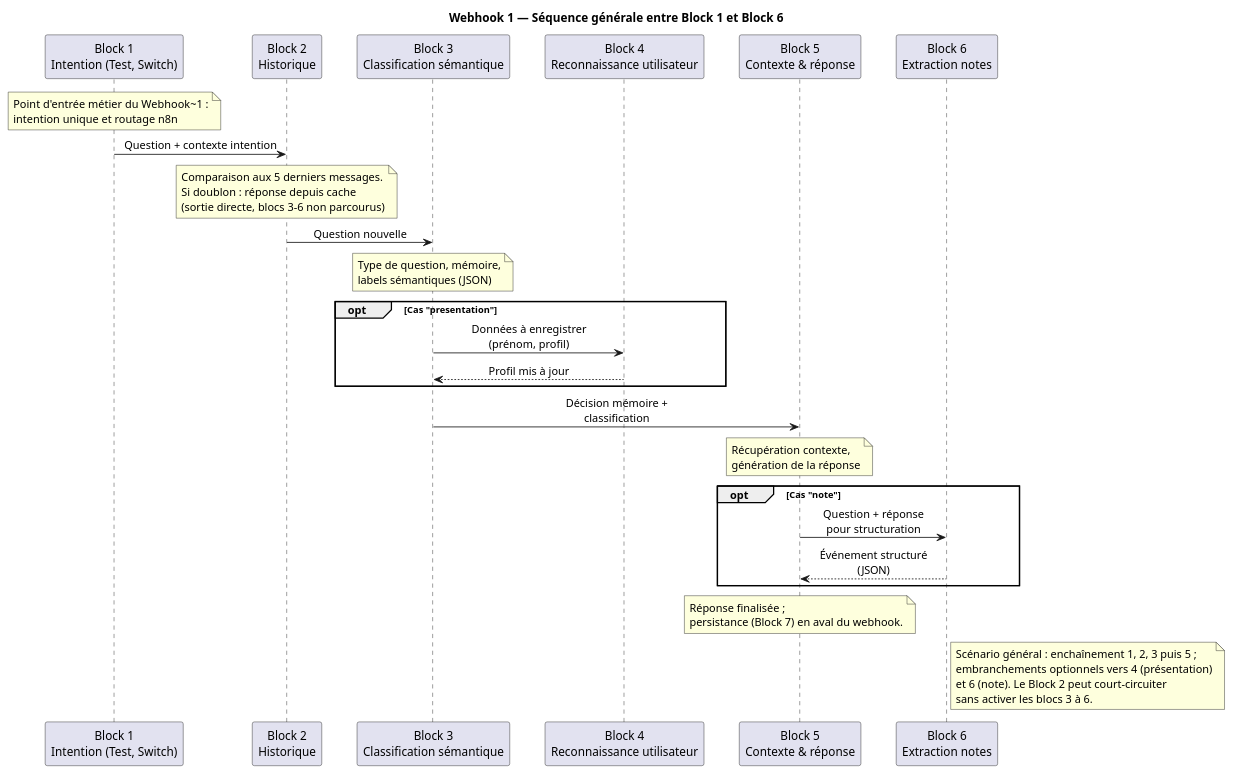
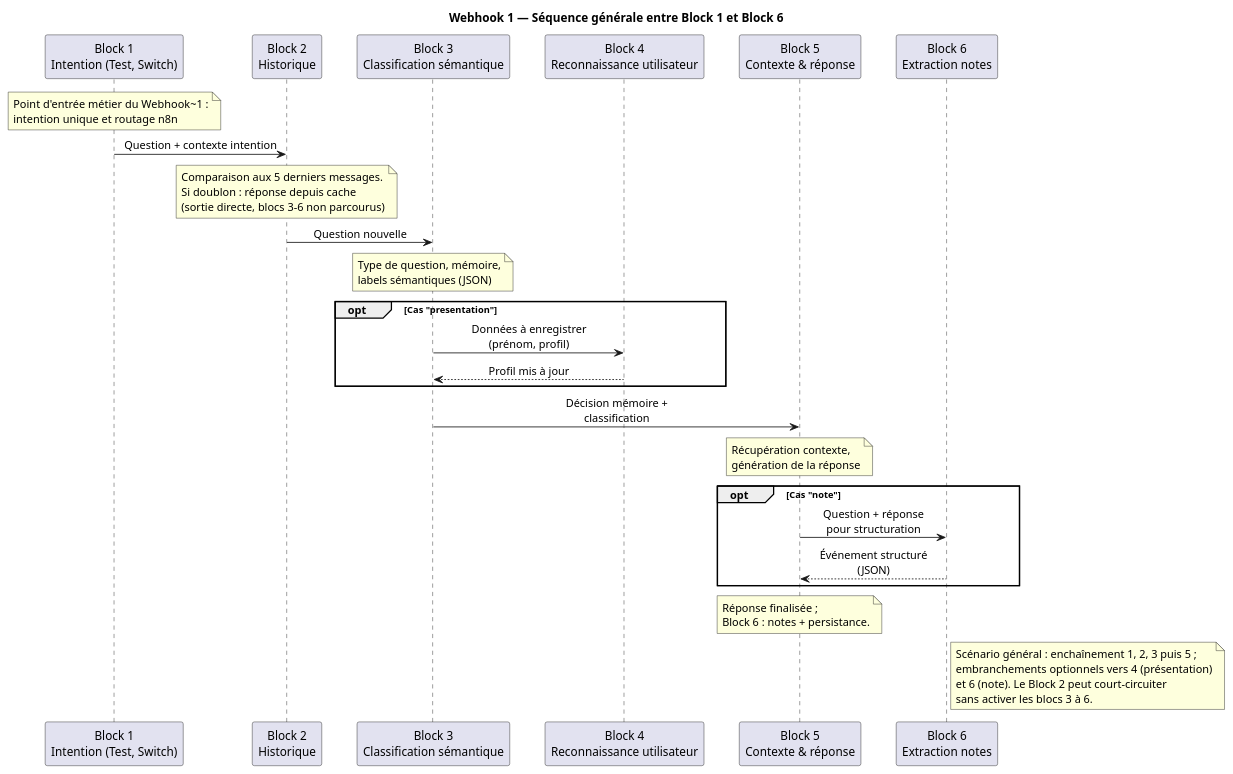
The diagram in plantuml/koda-webhook1-blocks1-6-sequence.puml (user102314/Raport-De-Stage-PFE), drawn with PlantUML before and after one commit. The commit also changed 36 other files, not shown here.

```diff
--- a/plantuml/koda-webhook1-blocks1-6-sequence.puml
+++ b/plantuml/koda-webhook1-blocks1-6-sequence.puml
@@ -1,64 +1,64 @@
 @startuml koda_webhook1_blocks1_6_sequence
 title Webhook 1 — Séquence générale entre Block 1 et Block 6
 
 skinparam sequenceMessageAlign center
 skinparam responseMessageBelowArrow true
 skinparam ParticipantPadding 16
 
 participant "Block 1\nIntention (Test, Switch)" as B1
 participant "Block 2\nHistorique" as B2
 participant "Block 3\nClassification sémantique" as B3
 participant "Block 4\nReconnaissance utilisateur" as B4
 participant "Block 5\nContexte & réponse" as B5
 participant "Block 6\nExtraction notes" as B6
 
 note over B1
   Point d'entrée métier du Webhook~1 :
   intention unique et routage n8n
 end note
 
 B1 -> B2 : Question + contexte intention
 
 note over B2
   Comparaison aux 5 derniers messages.
   Si doublon : réponse depuis cache
   (sortie directe, blocs 3-6 non parcourus)
 end note
 
 B2 -> B3 : Question nouvelle
 
 note over B3
   Type de question, mémoire,
   labels sémantiques (JSON)
 end note
 
 opt Cas "presentation"
   B3 -> B4 : Données à enregistrer\n(prénom, profil)
   B4 --> B3 : Profil mis à jour
 end opt
 
 B3 -> B5 : Décision mémoire +\nclassification
 
 note over B5
   Récupération contexte,
   génération de la réponse
 end note
 
 opt Cas "note"
   B5 -> B6 : Question + réponse\npour structuration
   B6 --> B5 : Événement structuré\n(JSON)
 end opt
 
 note over B5
   Réponse finalisée ;
-  persistance (Block 7) en aval du webhook.
+  Block 6 : notes + persistance.
 end note
 
 note right of B6
   Scénario général : enchaînement 1, 2, 3 puis 5 ;
   embranchements optionnels vers 4 (présentation)
   et 6 (note). Le Block 2 peut court-circuiter
   sans activer les blocs 3 à 6.
 end note
 
 @enduml
```
